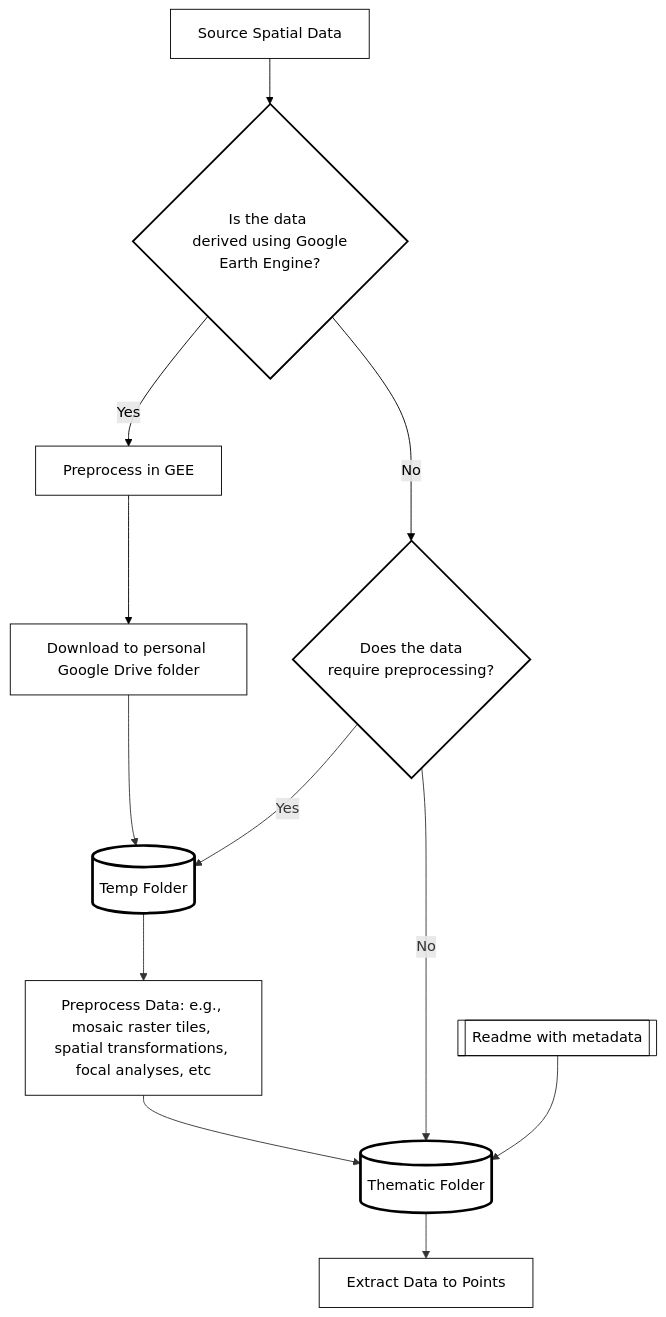
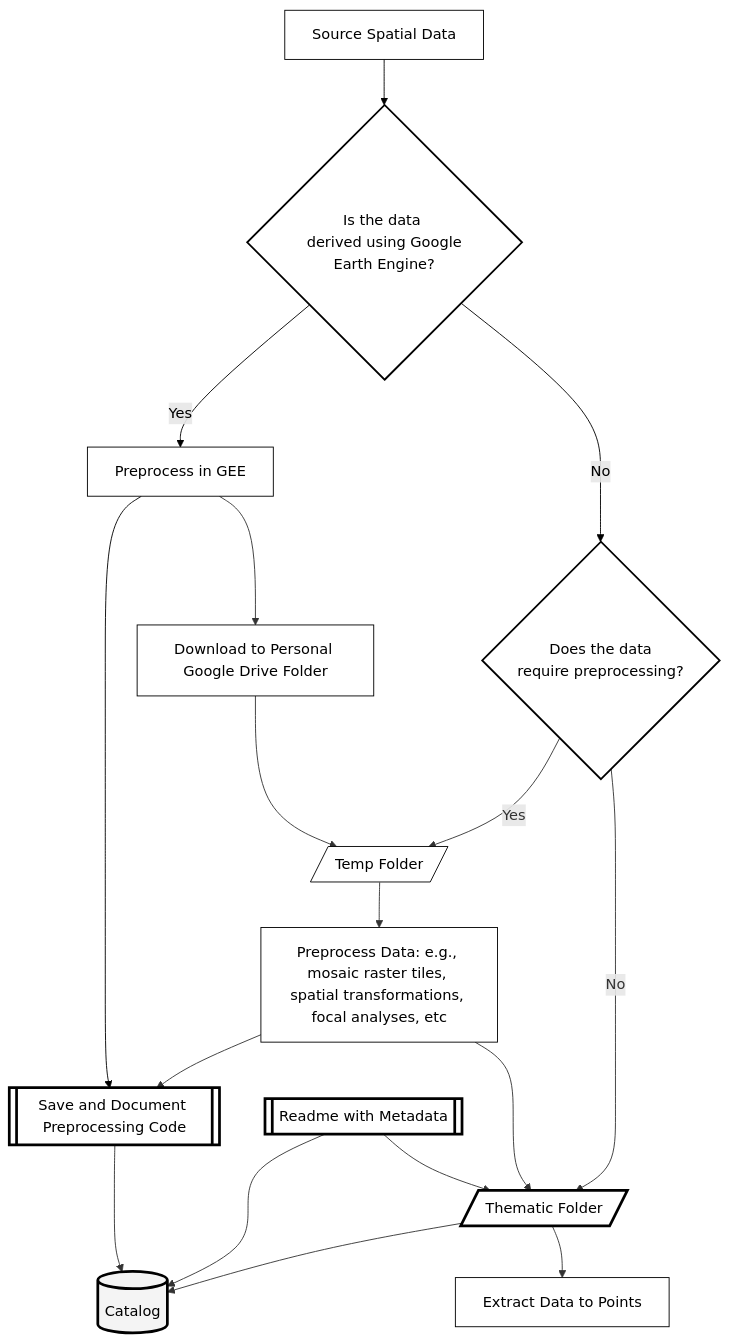
Before and after one commit to bgcasey/geospatial_catalog_and_management_guide: the diagram in README.md, drawn with Mermaid. The commit also changed other lines of this file, not shown here.

Commit message:
Updated mermaid flow chart

````diff
--- a/README.md
+++ b/README.md
@@ -116,34 +117,44 @@
 ```mermaid
 graph TD
     A[Source Spatial Data] --> B{Is the data <br> derived using Google Earth Engine?}
     B -->|Yes| C[Preprocess in GEE]
     B -->|No| D{Does the data <br> require preprocessing?}
-    C --> E[Download to personal Google Drive folder]
-    E --> F[(Temp Folder)]
-    F --> G[Preprocess Data: e.g., mosaic raster tiles, spatial transformations, focal analyses, etc]    
-    G --> H[(Thematic Folder)]
-    D -->|Yes| F
-    D -->|No| H
-    J[[Readme with metadata]]
+    C --> E[[Save and Document Preprocessing Code]]
+    C --> F[Download to Personal Google Drive Folder]
+    F --> G[/Temp Folder/]
+    G --> H[Preprocess Data: e.g., mosaic raster tiles, spatial transformations, focal analyses, etc]    
+    H --> E
+    H ---> I[/Thematic Folder/]
+    
+    D -->|Yes| G
+    D -->|No| I
+    J[[Readme with Metadata]]
+    
+    I --> L[(Catalog)]
+    J --> L
+    J --> I
+    E --> L
+    I --> K[Extract Data to Points]
 
-    J --> H
-    H --> I[Extract Data to Points]
 
-    %% Node styles with clean white background
+    %% Node styles with clean white background and adjusted stroke widths
     style A fill:#FFFFFF,stroke:#000000,stroke-width:1px,color:black
     style B fill:#FFFFFF,stroke:#000000,stroke-width:2px,color:black
     style C fill:#FFFFFF,stroke:#000000,stroke-width:1px,color:black
     style D fill:#FFFFFF,stroke:#000000,stroke-width:2px,color:black
-    style E fill:#FFFFFF,stroke:#000000,stroke-width:1px,color:black
-    style F fill:#FFFFFF,stroke:#000000,stroke-width:3px,color:black
+    style E fill:#FFFFFF,stroke:#000000,stroke-width:3px,color:black
+    style F fill:#FFFFFF,stroke:#000000,stroke-width:1px,color:black
     style G fill:#FFFFFF,stroke:#000000,stroke-width:1px,color:black
-    style H fill:#FFFFFF,stroke:#000000,stroke-width:3px,color:black
-    style I fill:#FFFFFF,stroke:#000000,stroke-width:1px,color:black
-    style J fill:#FFFFFF,stroke:#000000,stroke-width:1px,color:black
+    style H fill:#FFFFFF,stroke:#000000,stroke-width:1px,color:black
+    style I fill:#FFFFFF,stroke:#000000,stroke-width:3px,color:black
+    style J fill:#FFFFFF,stroke:#000000,stroke-width:3px,color:black
+    style K fill:#FFFFFF,stroke:#000000,stroke-width:1px,color:black
+    style L fill:#f4f4f4,stroke:#000000,stroke-width:3px,color:black
 
     %% Connector styles for "Yes" and "No"
     linkStyle 0 stroke:#000000,stroke-width:1px,fill:none,color:black
     linkStyle 1 stroke:#000000,stroke-width:1px,fill:none,color:black
     linkStyle 2 stroke:#000000,stroke-width:1px,fill:none,color:black
     linkStyle 3 stroke:#000000,stroke-width:1px,fill:none,color:black
+
 ```
````
